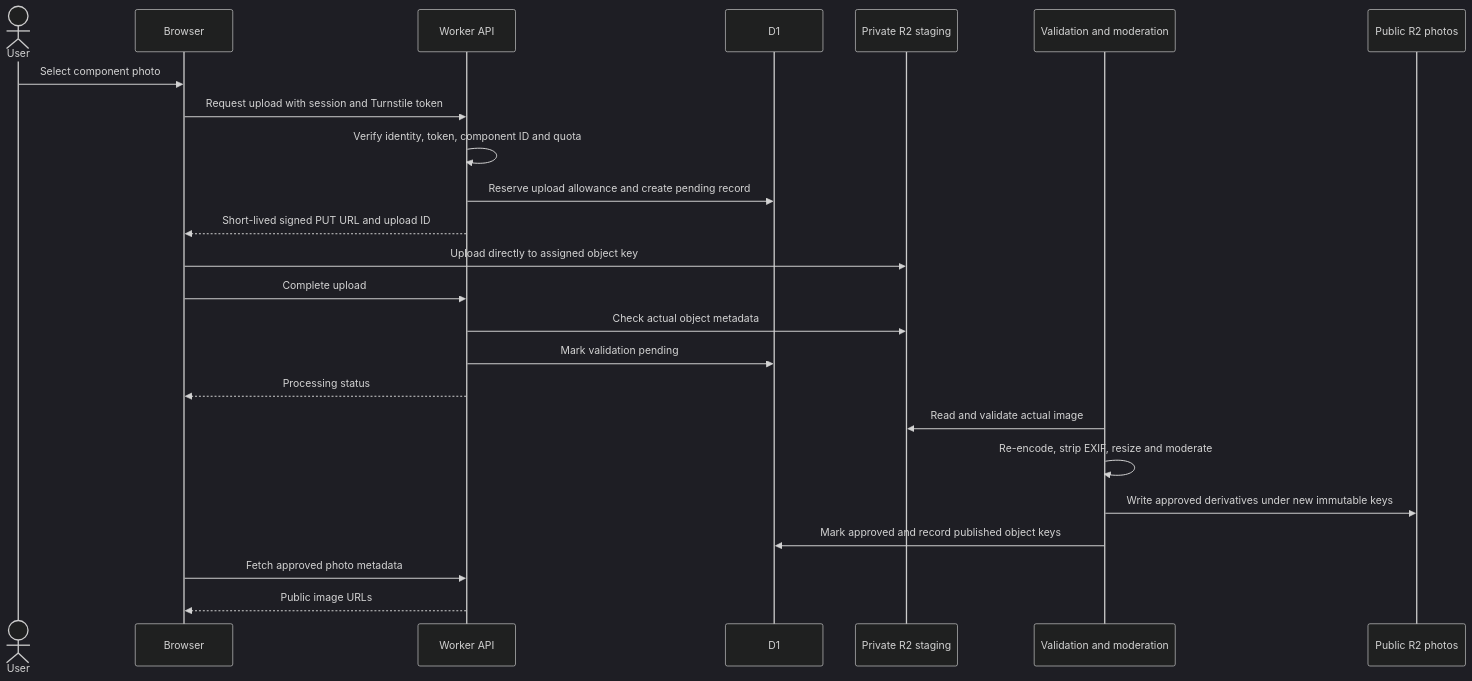
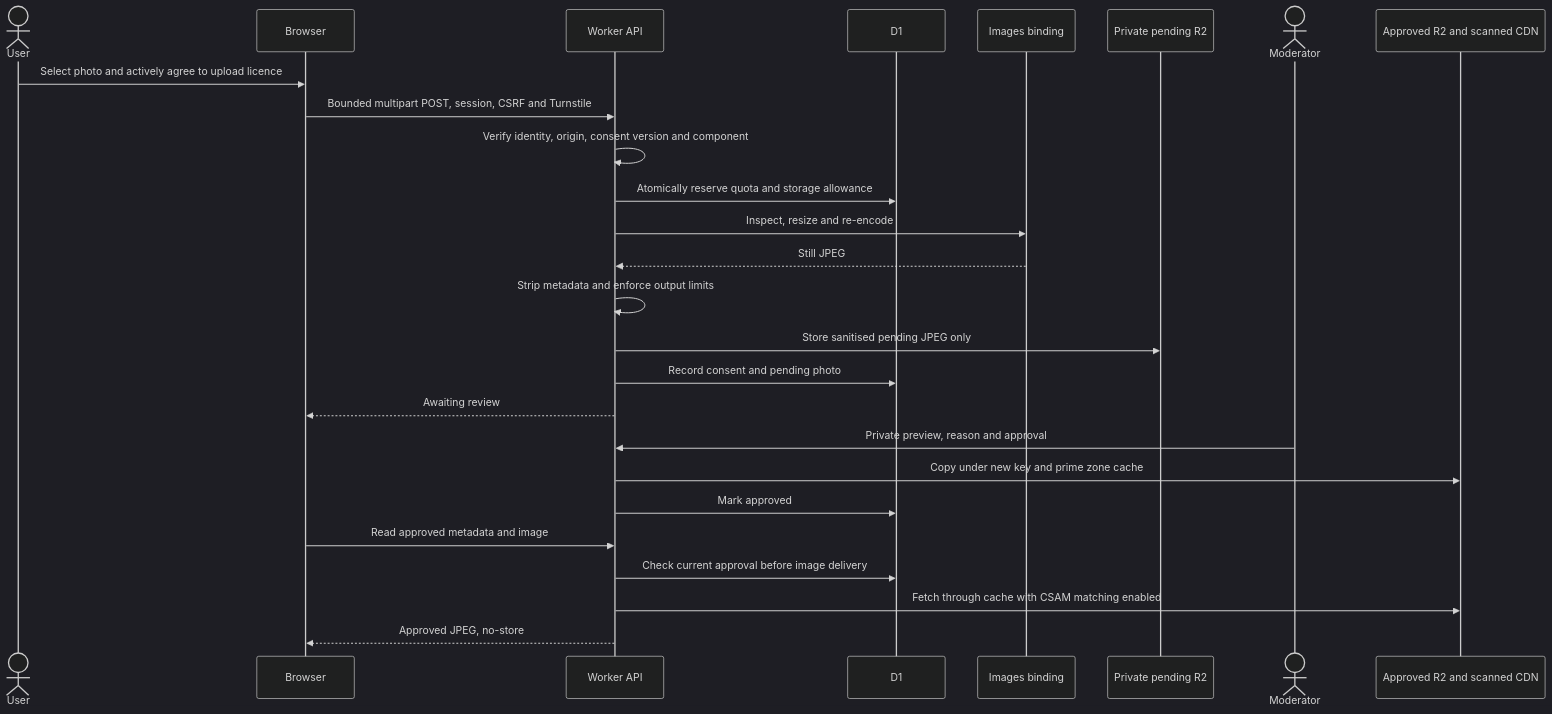
The second of 2 diagrams in docs/architecture.md (drewfreyling/velogroupsets), drawn with Mermaid (dark theme) before and after one commit. The commit also changed other lines of this file and 55 other files, not shown here.

````diff
--- a/docs/architecture.md
+++ b/docs/architecture.md
@@ -110,27 +106,28 @@
 ```mermaid
 sequenceDiagram
     actor User
     participant Browser
     participant API as Worker API
     participant DB as D1
-    participant R2 as Private R2 staging
-    participant Processor as Validation and moderation
-    participant Public as Public R2 photos
-
-    User->>Browser: Select component photo
-    Browser->>API: Request upload with session and Turnstile token
-    API->>API: Verify identity, token, component ID and quota
-    API->>DB: Reserve upload allowance and create pending record
-    API-->>Browser: Short-lived signed PUT URL and upload ID
-    Browser->>R2: Upload directly to assigned object key
-    Browser->>API: Complete upload
-    API->>R2: Check actual object metadata
-    API->>DB: Mark validation pending
-    API-->>Browser: Processing status
-    Processor->>R2: Read and validate actual image
-    Processor->>Processor: Re-encode, strip EXIF, resize and moderate
-    Processor->>Public: Write approved derivatives under new immutable keys
-    Processor->>DB: Mark approved and record published object keys
-    Browser->>API: Fetch approved photo metadata
-    API-->>Browser: Public image URLs
+    participant Images as Images binding
+    participant Pending as Private pending R2
+    actor Moderator
+    participant Public as Approved R2 and scanned CDN
+    User->>Browser: Select photo and actively agree to upload licence
+    Browser->>API: Bounded multipart POST, session, CSRF and Turnstile
+    API->>API: Verify identity, origin, consent version and component
+    API->>DB: Atomically reserve quota and storage allowance
+    API->>Images: Inspect, resize and re-encode
+    Images-->>API: Still JPEG
+    API->>API: Strip metadata and enforce output limits
+    API->>Pending: Store sanitised pending JPEG only
+    API->>DB: Record consent and pending photo
+    API-->>Browser: Awaiting review
+    Moderator->>API: Private preview, reason and approval
+    API->>Public: Copy under new key and prime zone cache
+    API->>DB: Mark approved
+    Browser->>API: Read approved metadata and image
+    API->>DB: Check current approval before image delivery
+    API->>Public: Fetch through cache with CSAM matching enabled
+    API-->>Browser: Approved JPEG, no-store
 ```
````
